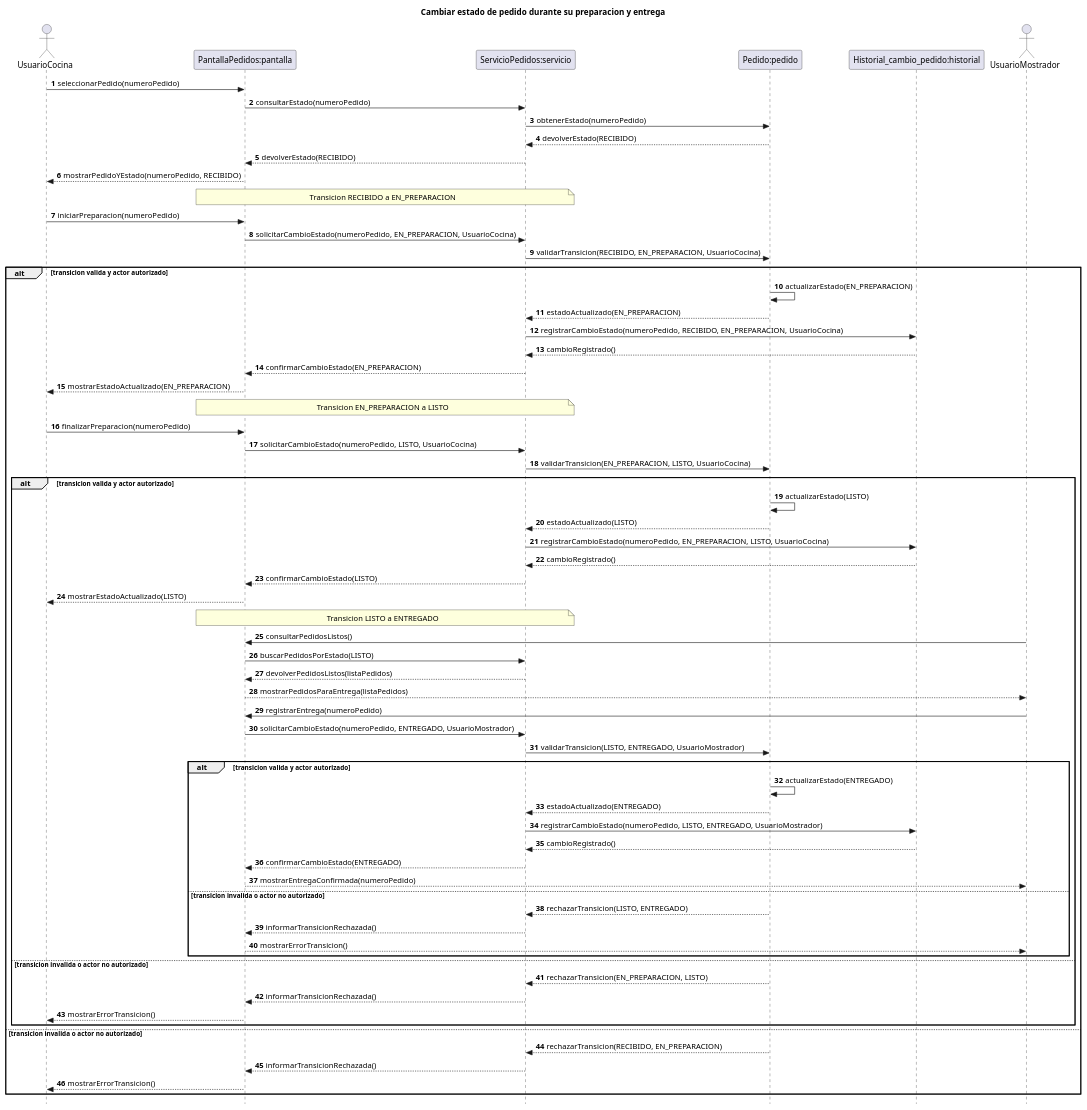
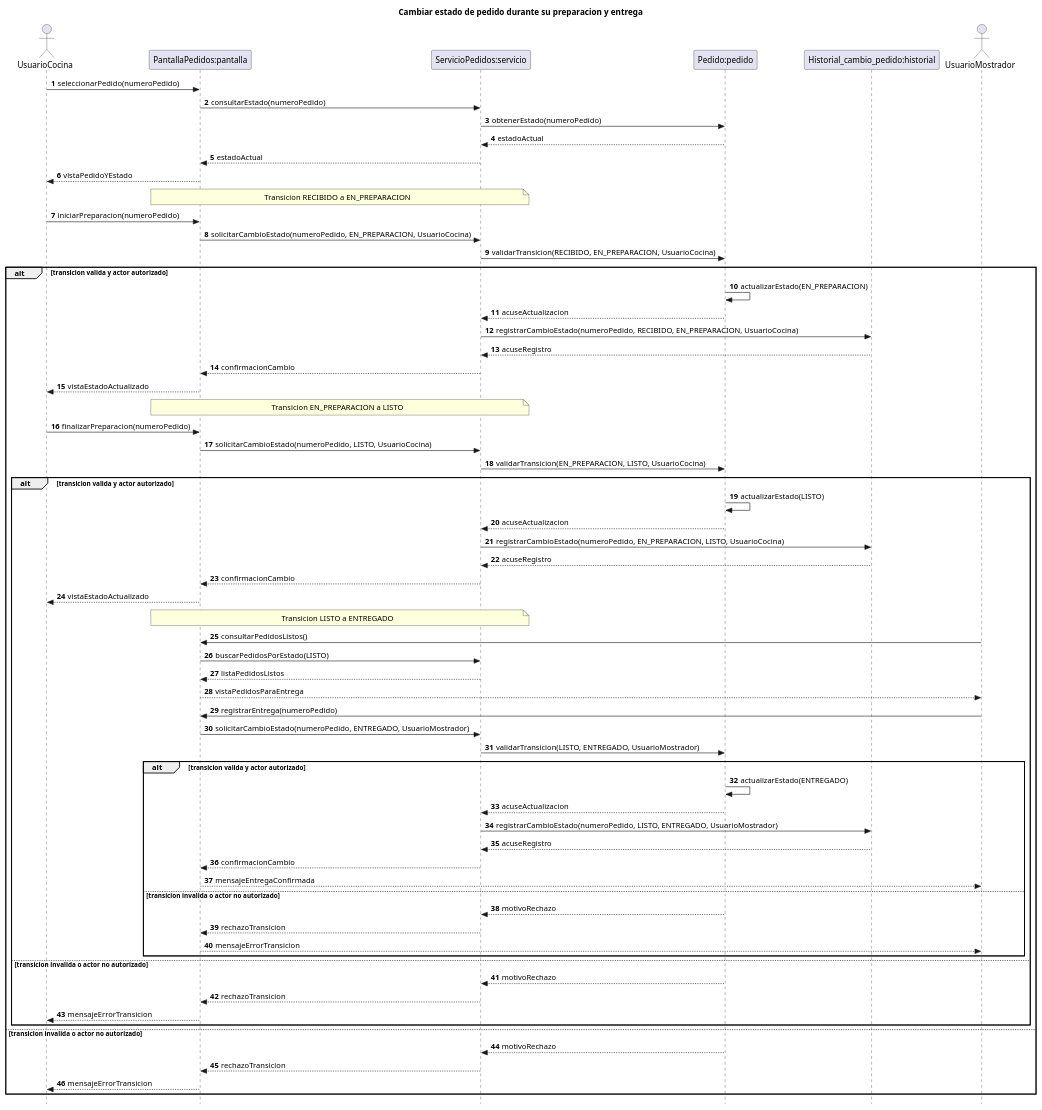
Before and after one commit to eloeyhe/SistemaPedidos: the diagram in diagramas/05-diagramas-secuencia/05-secuencia-cambiar-estado-pedido-avance-preparacion-04.puml, drawn with PlantUML. The commit also changed 9 other files, not shown here.

```diff
--- a/diagramas/05-diagramas-secuencia/05-secuencia-cambiar-estado-pedido-avance-preparacion-04.puml
+++ b/diagramas/05-diagramas-secuencia/05-secuencia-cambiar-estado-pedido-avance-preparacion-04.puml
@@ -1,75 +1,75 @@
 @startuml
 title Cambiar estado de pedido durante su preparacion y entrega
 autonumber
 skinparam style strictuml
 hide footbox
 
 actor UsuarioCocina
 participant "PantallaPedidos:pantalla" as pantalla
 participant "ServicioPedidos:servicio" as servicio
 participant "Pedido:pedido" as pedido
 participant "Historial_cambio_pedido:historial" as historial
 actor UsuarioMostrador
 
 UsuarioCocina -> pantalla : seleccionarPedido(numeroPedido)
 pantalla -> servicio : consultarEstado(numeroPedido)
 servicio -> pedido : obtenerEstado(numeroPedido)
-pedido --> servicio : devolverEstado(RECIBIDO)
-servicio --> pantalla : devolverEstado(RECIBIDO)
-pantalla --> UsuarioCocina : mostrarPedidoYEstado(numeroPedido, RECIBIDO)
+pedido --> servicio : estadoActual
+servicio --> pantalla : estadoActual
+pantalla --> UsuarioCocina : vistaPedidoYEstado
 
 note over pantalla, servicio : Transicion RECIBIDO a EN_PREPARACION
 UsuarioCocina -> pantalla : iniciarPreparacion(numeroPedido)
 pantalla -> servicio : solicitarCambioEstado(numeroPedido, EN_PREPARACION, UsuarioCocina)
 servicio -> pedido : validarTransicion(RECIBIDO, EN_PREPARACION, UsuarioCocina)
 alt transicion valida y actor autorizado
     pedido -> pedido : actualizarEstado(EN_PREPARACION)
-    pedido --> servicio : estadoActualizado(EN_PREPARACION)
+    pedido --> servicio : acuseActualizacion
     servicio -> historial : registrarCambioEstado(numeroPedido, RECIBIDO, EN_PREPARACION, UsuarioCocina)
-    historial --> servicio : cambioRegistrado()
-    servicio --> pantalla : confirmarCambioEstado(EN_PREPARACION)
-    pantalla --> UsuarioCocina : mostrarEstadoActualizado(EN_PREPARACION)
+    historial --> servicio : acuseRegistro
+    servicio --> pantalla : confirmacionCambio
+    pantalla --> UsuarioCocina : vistaEstadoActualizado
 
     note over pantalla, servicio : Transicion EN_PREPARACION a LISTO
     UsuarioCocina -> pantalla : finalizarPreparacion(numeroPedido)
     pantalla -> servicio : solicitarCambioEstado(numeroPedido, LISTO, UsuarioCocina)
     servicio -> pedido : validarTransicion(EN_PREPARACION, LISTO, UsuarioCocina)
     alt transicion valida y actor autorizado
         pedido -> pedido : actualizarEstado(LISTO)
-        pedido --> servicio : estadoActualizado(LISTO)
+        pedido --> servicio : acuseActualizacion
         servicio -> historial : registrarCambioEstado(numeroPedido, EN_PREPARACION, LISTO, UsuarioCocina)
-        historial --> servicio : cambioRegistrado()
-        servicio --> pantalla : confirmarCambioEstado(LISTO)
-        pantalla --> UsuarioCocina : mostrarEstadoActualizado(LISTO)
+        historial --> servicio : acuseRegistro
+        servicio --> pantalla : confirmacionCambio
+        pantalla --> UsuarioCocina : vistaEstadoActualizado
 
         note over pantalla, servicio : Transicion LISTO a ENTREGADO
         UsuarioMostrador -> pantalla : consultarPedidosListos()
         pantalla -> servicio : buscarPedidosPorEstado(LISTO)
-        servicio --> pantalla : devolverPedidosListos(listaPedidos)
-        pantalla --> UsuarioMostrador : mostrarPedidosParaEntrega(listaPedidos)
+        servicio --> pantalla : listaPedidosListos
+        pantalla --> UsuarioMostrador : vistaPedidosParaEntrega
         UsuarioMostrador -> pantalla : registrarEntrega(numeroPedido)
         pantalla -> servicio : solicitarCambioEstado(numeroPedido, ENTREGADO, UsuarioMostrador)
         servicio -> pedido : validarTransicion(LISTO, ENTREGADO, UsuarioMostrador)
         alt transicion valida y actor autorizado
             pedido -> pedido : actualizarEstado(ENTREGADO)
-            pedido --> servicio : estadoActualizado(ENTREGADO)
+            pedido --> servicio : acuseActualizacion
             servicio -> historial : registrarCambioEstado(numeroPedido, LISTO, ENTREGADO, UsuarioMostrador)
-            historial --> servicio : cambioRegistrado()
-            servicio --> pantalla : confirmarCambioEstado(ENTREGADO)
-            pantalla --> UsuarioMostrador : mostrarEntregaConfirmada(numeroPedido)
+            historial --> servicio : acuseRegistro
+            servicio --> pantalla : confirmacionCambio
+            pantalla --> UsuarioMostrador : mensajeEntregaConfirmada
         else transicion invalida o actor no autorizado
-            pedido --> servicio : rechazarTransicion(LISTO, ENTREGADO)
-            servicio --> pantalla : informarTransicionRechazada()
-            pantalla --> UsuarioMostrador : mostrarErrorTransicion()
+            pedido --> servicio : motivoRechazo
+            servicio --> pantalla : rechazoTransicion
+            pantalla --> UsuarioMostrador : mensajeErrorTransicion
         end
     else transicion invalida o actor no autorizado
-        pedido --> servicio : rechazarTransicion(EN_PREPARACION, LISTO)
-        servicio --> pantalla : informarTransicionRechazada()
-        pantalla --> UsuarioCocina : mostrarErrorTransicion()
+        pedido --> servicio : motivoRechazo
+        servicio --> pantalla : rechazoTransicion
+        pantalla --> UsuarioCocina : mensajeErrorTransicion
     end
 else transicion invalida o actor no autorizado
-    pedido --> servicio : rechazarTransicion(RECIBIDO, EN_PREPARACION)
-    servicio --> pantalla : informarTransicionRechazada()
-    pantalla --> UsuarioCocina : mostrarErrorTransicion()
+    pedido --> servicio : motivoRechazo
+    servicio --> pantalla : rechazoTransicion
+    pantalla --> UsuarioCocina : mensajeErrorTransicion
 end
 @enduml
```
